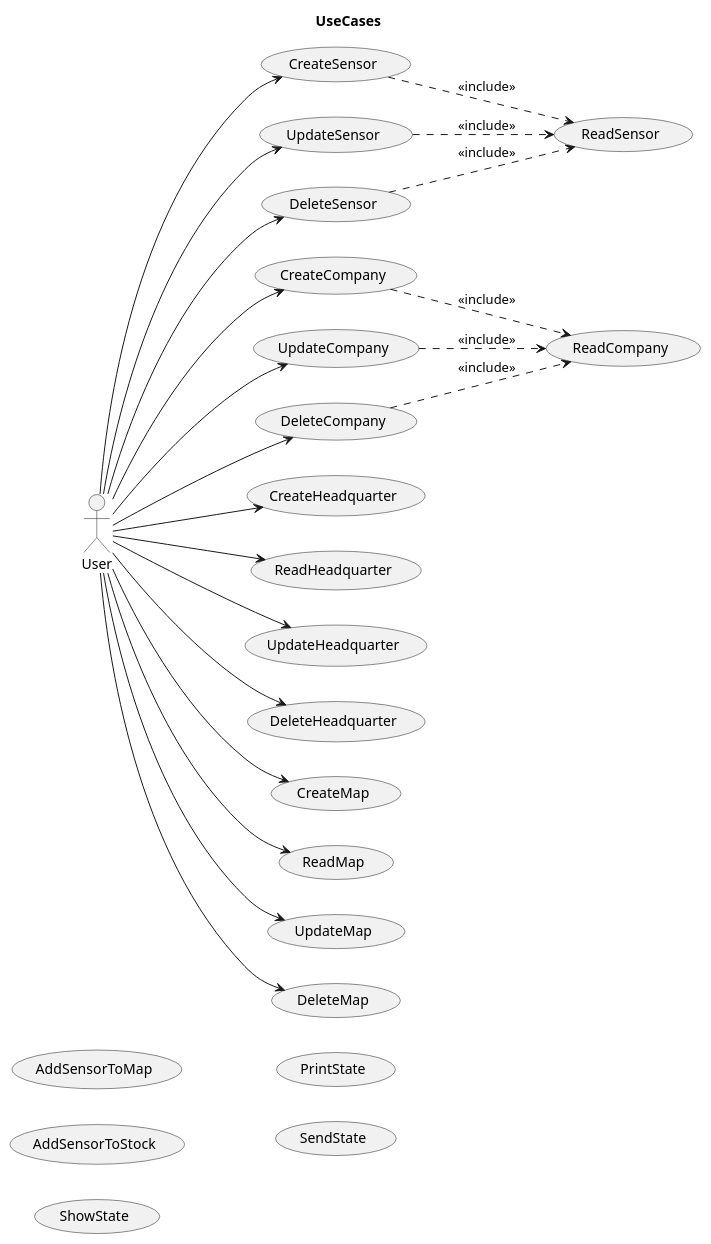
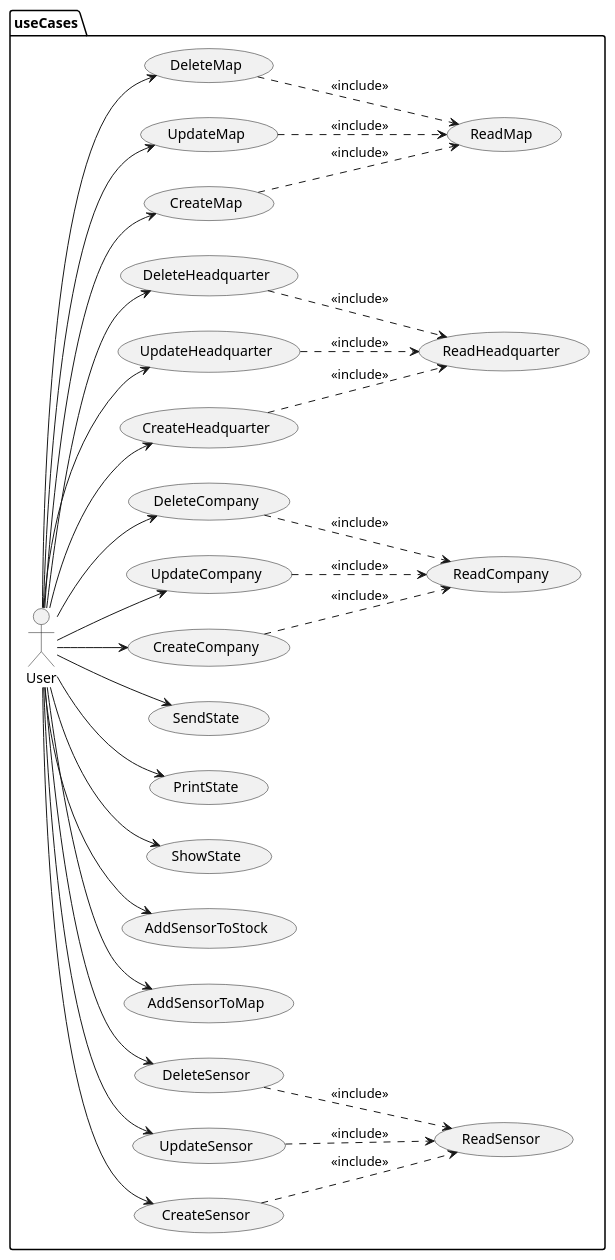
Before and after one commit to jumpering/pestmonitors: the diagram in docs/src/useCase/useCase.puml, drawn with PlantUML. The commit also changed 4 other files, not shown here.

```diff
--- a/docs/src/useCase/useCase.puml
+++ b/docs/src/useCase/useCase.puml
@@ -1,57 +1,68 @@
 @startuml
-title UseCases
+allowmixing
+namespace useCases{
 left to right direction
 actor User
 
 usecase CreateSensor
 usecase ReadSensor
 usecase UpdateSensor
 usecase DeleteSensor
 usecase AddSensorToMap
 usecase AddSensorToStock
 
 usecase ShowState
 usecase PrintState
 usecase SendState
 
 usecase CreateCompany
 usecase ReadCompany
 usecase UpdateCompany
 usecase DeleteCompany
 
 usecase CreateHeadquarter
 usecase ReadHeadquarter
 usecase UpdateHeadquarter
 usecase DeleteHeadquarter
 
 usecase CreateMap
 usecase ReadMap
 usecase UpdateMap
 usecase DeleteMap
 
-
 User --> CreateSensor
 CreateSensor ..> ReadSensor  : "<<include>>"
 User --> UpdateSensor
 UpdateSensor ..> ReadSensor  : "<<include>>"
 User --> DeleteSensor
 DeleteSensor ..> ReadSensor  : "<<include>>"
 
+User --> AddSensorToMap
+User --> AddSensorToStock
 
 User --> CreateCompany
 CreateCompany ..> ReadCompany : "<<include>>"
 User --> UpdateCompany
 UpdateCompany ..> ReadCompany : "<<include>>"
 User --> DeleteCompany
 DeleteCompany ..> ReadCompany : "<<include>>"
 
 User --> CreateHeadquarter
-User --> ReadHeadquarter
+CreateHeadquarter ..> ReadHeadquarter : "<<include>>"
 User --> UpdateHeadquarter
+UpdateHeadquarter ..> ReadHeadquarter : "<<include>>"
 User --> DeleteHeadquarter
+DeleteHeadquarter ..> ReadHeadquarter : "<<include>>"
 
 User --> CreateMap
-User --> ReadMap
+CreateMap  ..> ReadMap : "<<include>>"
 User --> UpdateMap
+UpdateMap  ..> ReadMap : "<<include>>"
 User --> DeleteMap
+DeleteMap  ..> ReadMap : "<<include>>"
+
+User --> ShowState
+User --> PrintState
+User --> SendState
+}
 @enduml
```
